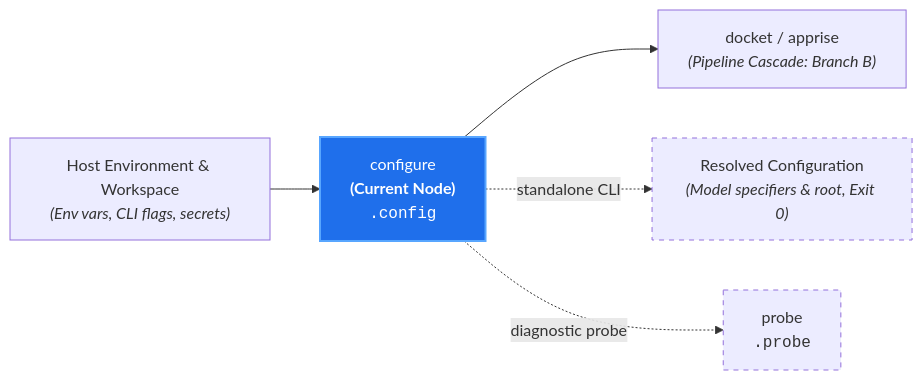
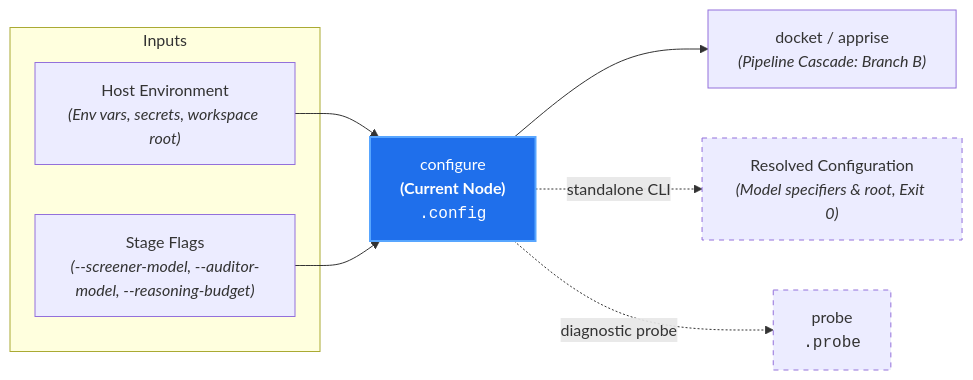
One commit to PAIR-code/canon-clerk changed the diagram in docs/architecture/nodes/configure.md. Above: the diagram before and after it, drawn with Mermaid. The commit also changed 8 other files, not shown here.

Commit message:
docs(architecture): enrich localized node diagrams with stage flags and caseload inputs

````diff
--- a/docs/architecture/nodes/configure.md
+++ b/docs/architecture/nodes/configure.md
@@ -21,12 +21,18 @@
 ```mermaid
 flowchart LR
-    Env["Host Environment & Workspace<br/><i>(Env vars, CLI flags, secrets)</i>"] --> Config["configure<br/><b>(Current Node)</b><br/><code>.config</code>"]
+    subgraph Inputs["Inputs"]
+        Env["Host Environment<br/><i>(Env vars, secrets, workspace root)</i>"]
+        Params["Stage Flags<br/><i>(--screener-model, --auditor-model, --reasoning-budget)</i>"]
+    end
+
+    Env --> Config["configure<br/><b>(Current Node)</b><br/><code>.config</code>"]
+    Params --> Config
 
     Config --> Cascade["docket / apprise<br/><i>(Pipeline Cascade: Branch B)</i>"]
     Config -. "standalone CLI" .-> ConfigReport["Resolved Configuration<br/><i>(Model specifiers & root, Exit 0)</i>"]
     Config -. "diagnostic probe" .-> Probe["probe<br/><code>.probe</code>"]
 
     style Config fill:#1f6feb,stroke:#58a6ff,stroke-width:2px,color:#fff
     style ConfigReport stroke-dasharray: 5 5
     style Probe stroke-dasharray: 5 5
 ```
````
